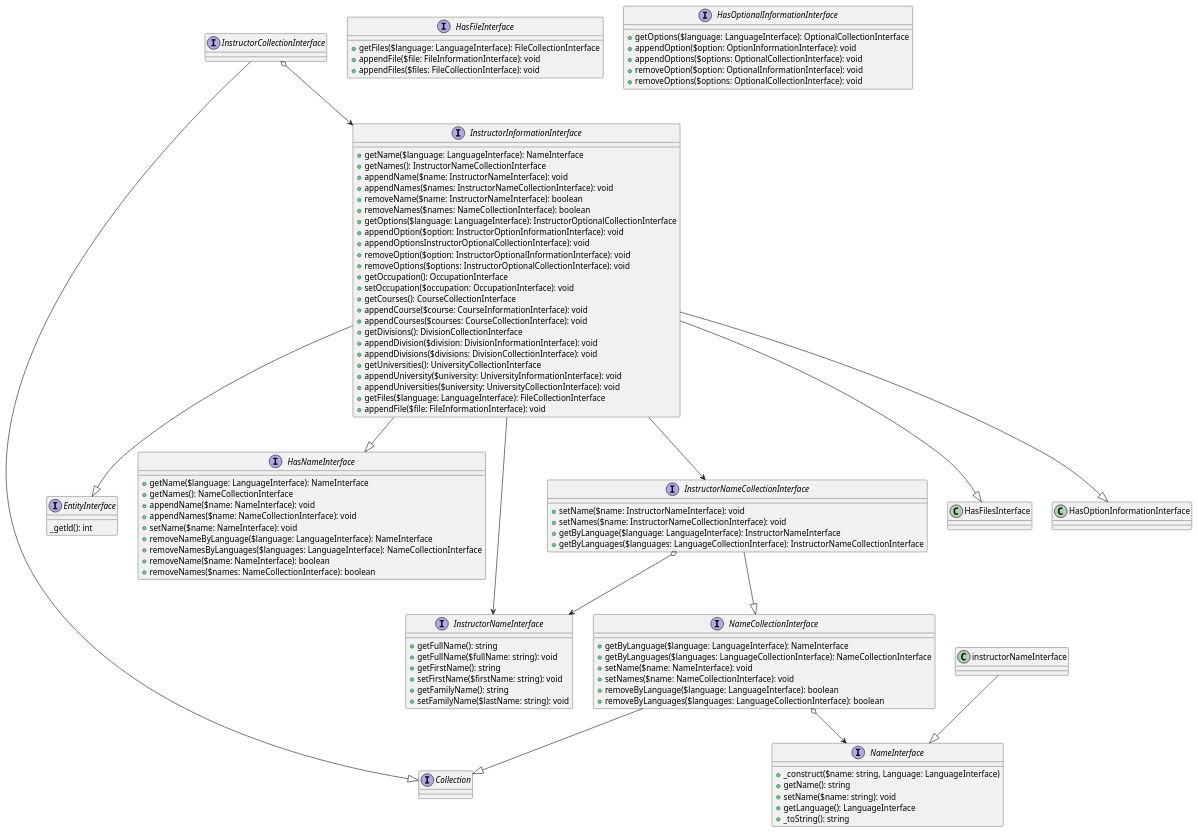
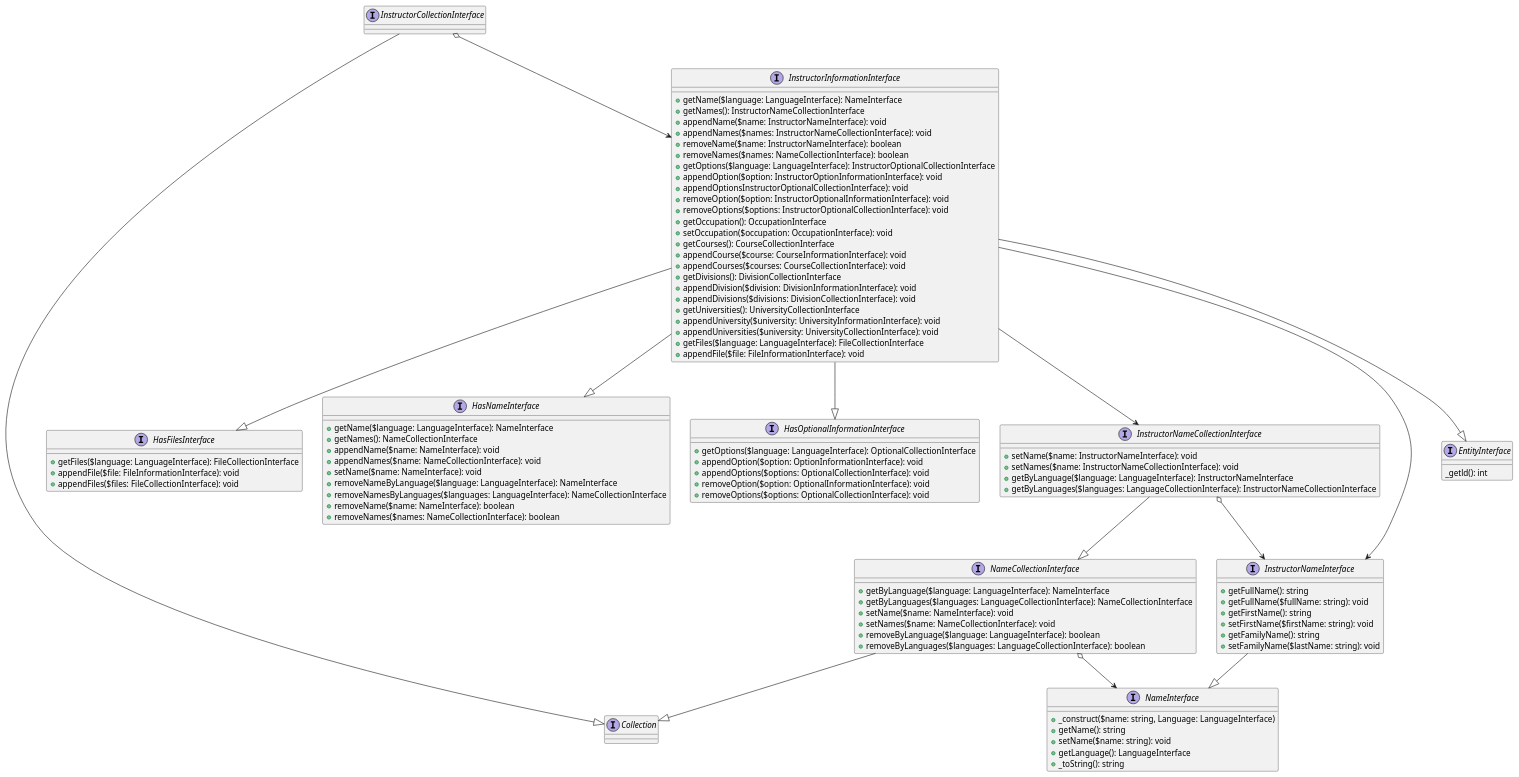
One commit to NUOCW/ocw-cms changed the diagram in doc/diagram/NUOCW/CoreBundle/Entitiy/Instructor/InstructorInformationInterface.puml. Above: the diagram before and after it, drawn with PlantUML.

Commit message:
InstructorInformationのUML図のPlantUML化

```diff
--- a/doc/diagram/NUOCW/CoreBundle/Entitiy/Instructor/InstructorInformationInterface.puml
+++ b/doc/diagram/NUOCW/CoreBundle/Entitiy/Instructor/InstructorInformationInterface.puml
@@ -1,124 +1,124 @@
 @startuml
 
 interface InstructorCollectionInterface
 
 interface Collection
 
 interface EntityInterface {
     _getld(): int
 }
 
-interface HasFileInterface {
+interface HasFilesInterface {
     +getFiles($language: LanguageInterface): FileCollectionInterface
     +appendFile($file: FileInformationInterface): void
     +appendFiles($files: FileCollectionInterface): void
 }
 
 interface HasNameInterface {
     +getName($language: LanguageInterface): NameInterface
     +getNames(): NameCollectionInterface
     +appendName($name: NameInterface): void
     +appendNames($name: NameCollectionInterface): void
     +setName($name: NameInterface): void
     +removeNameByLanguage($language: LanguageInterface): NameInterface
     +removeNamesByLanguages($languages: LanguageInterface): NameCollectionInterface
     +removeName($name: NameInterface): boolean
     +removeNames($names: NameCollectionInterface): boolean
 }
 
 interface HasOptionalInformationInterface {
     +getOptions($language: LanguageInterface): OptionalCollectionInterface
     +appendOption($option: OptionInformationInterface): void
     +appendOptions($options: OptionalCollectionInterface): void
     +removeOption($option: OptionalInformationInterface): void
     +removeOptions($options: OptionalCollectionInterface): void
 }
 
 interface InstructorNameInterface {
     +getFullName(): string
     +getFullName($fullName: string): void
     +getFirstName(): string
     +setFirstName($firstName: string): void
     +getFamilyName(): string
     +setFamilyName($lastName: string): void
 }
 
 interface InstructorNameCollectionInterface {
     +setName($name: InstructorNameInterface): void
     +setNames($name: InstructorNameCollectionInterface): void
     +getByLanguage($language: LanguageInterface): InstructorNameInterface
     +getByLanguages($languages: LanguageCollectionInterface): InstructorNameCollectionInterface
 }
 
 interface NameInterface {
     +_construct($name: string, Language: LanguageInterface)
     +getName(): string
     +setName($name: string): void
     +getLanguage(): LanguageInterface
     +_toString(): string
 }
 
 interface NameCollectionInterface {
     +getByLanguage($language: LanguageInterface): NameInterface
     +getByLanguages($languages: LanguageCollectionInterface): NameCollectionInterface
     +setName($name: NameInterface): void
     +setNames($name: NameCollectionInterface): void
     +removeByLanguage($language: LanguageInterface): boolean
     +removeByLanguages($languages: LanguageCollectionInterface): boolean
 }
 
 interface InstructorInformationInterface {
     +getName($language: LanguageInterface): NameInterface
     +getNames(): InstructorNameCollectionInterface
     +appendName($name: InstructorNameInterface): void
     +appendNames($names: InstructorNameCollectionInterface): void
     +removeName($name: InstructorNameInterface): boolean
     +removeNames($names: NameCollectionInterface): boolean
     +getOptions($language: LanguageInterface): InstructorOptionalCollectionInterface
     +appendOption($option: InstructorOptionInformationInterface): void
     +appendOptionsInstructorOptionalCollectionInterface): void
     +removeOption($option: InstructorOptionalInformationInterface): void
     +removeOptions($options: InstructorOptionalCollectionInterface): void
     +getOccupation(): OccupationInterface
     +setOccupation($occupation: OccupationInterface): void
     +getCourses(): CourseCollectionInterface
     +appendCourse($course: CourseInformationInterface): void
     +appendCourses($courses: CourseCollectionInterface): void
     +getDivisions(): DivisionCollectionInterface
     +appendDivision($division: DivisionInformationInterface): void
     +appendDivisions($divisions: DivisionCollectionInterface): void
     +getUniversities(): UniversityCollectionInterface
     +appendUniversity($university: UniversityInformationInterface): void
     +appendUniversities($university: UniversityCollectionInterface): void
     +getFiles($language: LanguageInterface): FileCollectionInterface
     +appendFile($file: FileInformationInterface): void
 }
 
 InstructorCollectionInterface --|> Collection
 
 InstructorCollectionInterface o--> InstructorInformationInterface
 
 InstructorInformationInterface --|> EntityInterface
 
 InstructorInformationInterface --|> HasFilesInterface
 
 InstructorInformationInterface --|> HasNameInterface
 
-InstructorInformationInterface --|> HasOptionInformationInterface
+InstructorInformationInterface --|> HasOptionalInformationInterface
 
 InstructorInformationInterface --> InstructorNameInterface
 
 InstructorInformationInterface --> InstructorNameCollectionInterface
 
-instructorNameInterface --|> NameInterface
+InstructorNameInterface --|> NameInterface
 
 InstructorNameCollectionInterface o--> InstructorNameInterface
 
 InstructorNameCollectionInterface --|> NameCollectionInterface
 
 NameCollectionInterface o--> NameInterface
 
 NameCollectionInterface --|> Collection
 
 
 @enduml
```
